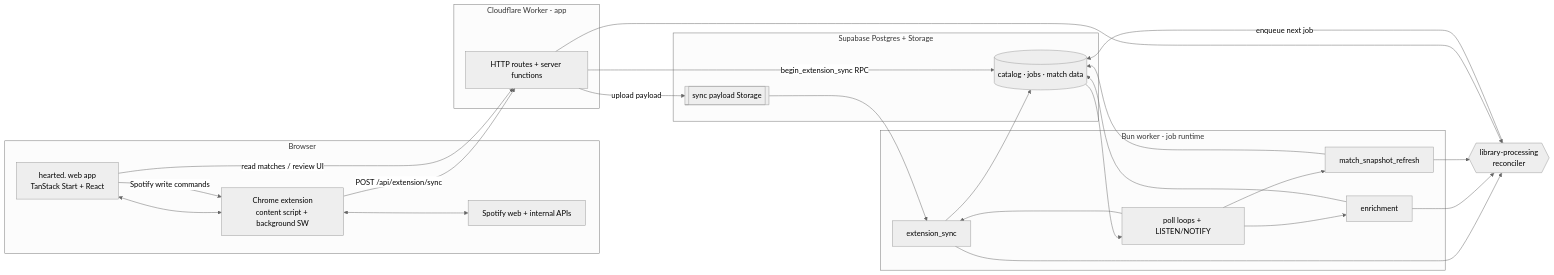
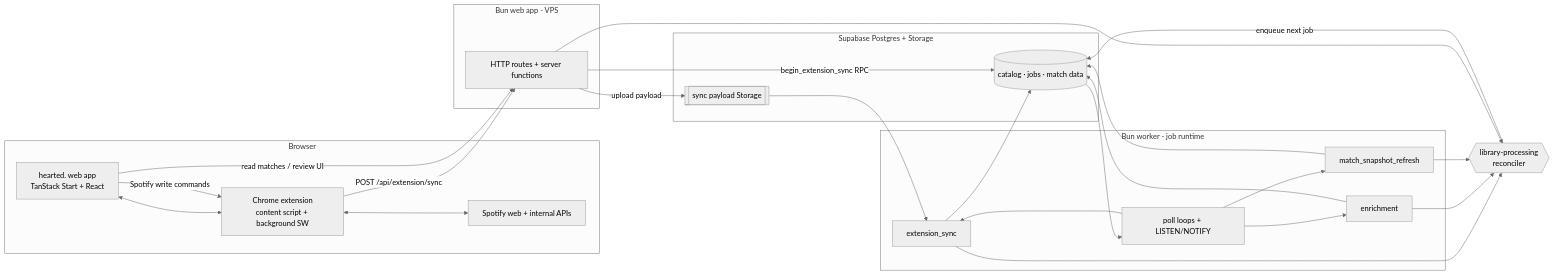
One commit to fabiogaliano/hearted.music changed the first of 2 diagrams in docs/architecture/system-overview.md. Above: the diagram before and after it, drawn with Mermaid (neutral theme). The commit also changed other lines of this file and 5 other files, not shown here.

````diff
--- a/docs/architecture/system-overview.md
+++ b/docs/architecture/system-overview.md
@@ -7,41 +7,41 @@
 ```mermaid
 flowchart LR
   subgraph Browser
     App[hearted. web app\nTanStack Start + React]
     Ext[Chrome extension\ncontent script + background SW]
     Spotify[Spotify web + internal APIs]
     App <--> Ext
     Ext <--> Spotify
   end
 
-  subgraph CF[Cloudflare Worker - app]
+  subgraph CF[Bun web app - VPS]
     Api[HTTP routes + server functions]
   end
 
   subgraph Data[Supabase Postgres + Storage]
     DB[(catalog · jobs · match data)]
     ST[[sync payload Storage]]
   end
 
   subgraph BW[Bun worker - job runtime]
     Poll[poll loops + LISTEN/NOTIFY]
     ES[extension_sync]
     EN[enrichment]
     MR[match_snapshot_refresh]
   end
 
   LP{{library-processing\nreconciler}}
 
   Ext -->|POST /api/extension/sync| Api
   Api -->|upload payload| ST
   Api -->|begin_extension_sync RPC| DB
   DB --> Poll
   Poll --> ES & EN & MR
   ST --> ES
   ES & EN & MR --> DB
   ES & EN & MR --> LP
   Api --> LP
   LP -->|enqueue next job| DB
   App -->|read matches / review UI| Api
   App -->|Spotify write commands| Ext
 ```
````
